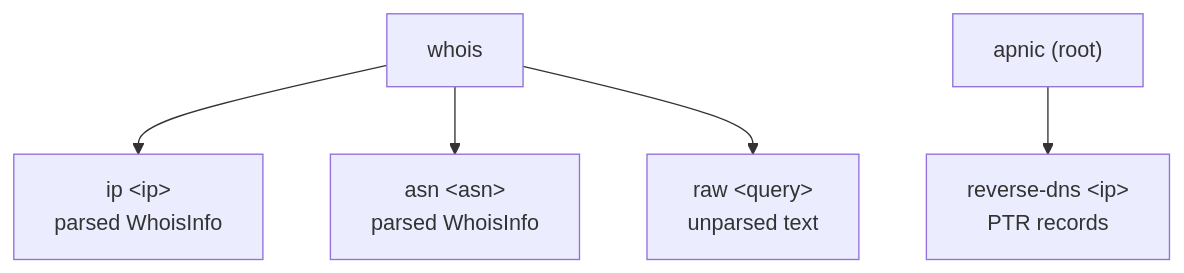
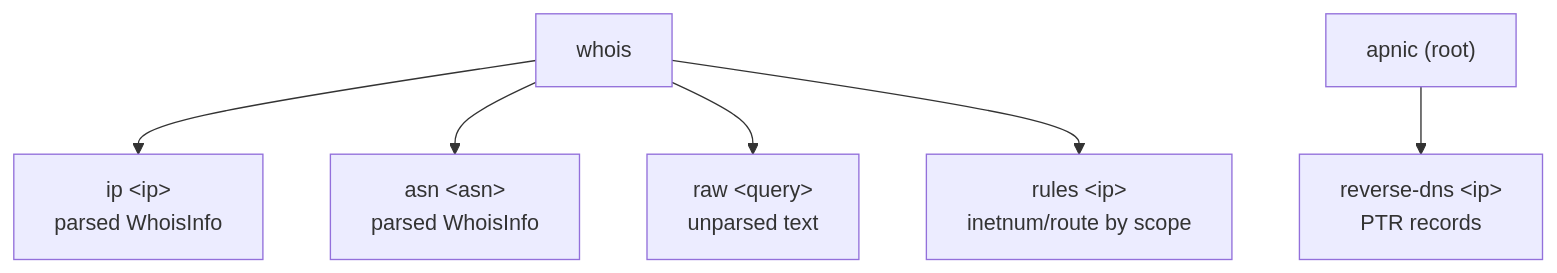
The first of 2 diagrams in website/docs/cli/whois.md (cyberspacesec/apnic-skills), drawn with Mermaid before and after one commit. The commit also changed other lines of this file and 10 other files, not shown here.

````diff
--- a/website/docs/cli/whois.md
+++ b/website/docs/cli/whois.md
@@ -9,9 +9,10 @@
 ```mermaid
 graph TB
     W["whois"]
     W --> WIP["ip &lt;ip&gt;<br/>parsed WhoisInfo"]
     W --> WAS["asn &lt;asn&gt;<br/>parsed WhoisInfo"]
     W --> WRAW["raw &lt;query&gt;<br/>unparsed text"]
+    W --> WRULES["rules &lt;ip&gt;<br/>inetnum/route by scope"]
 
     ROOT["apnic (root)"] --> RDNS["reverse-dns &lt;ip&gt;<br/>PTR records"]
 ```
````
